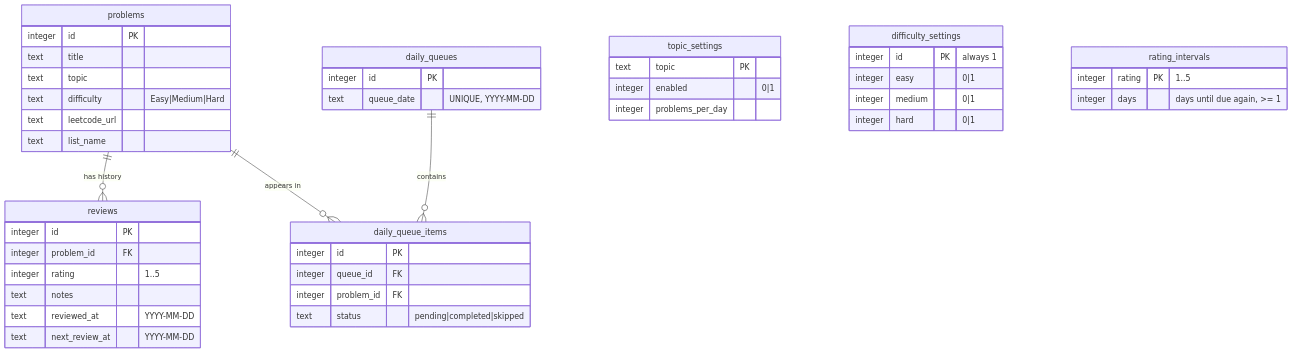
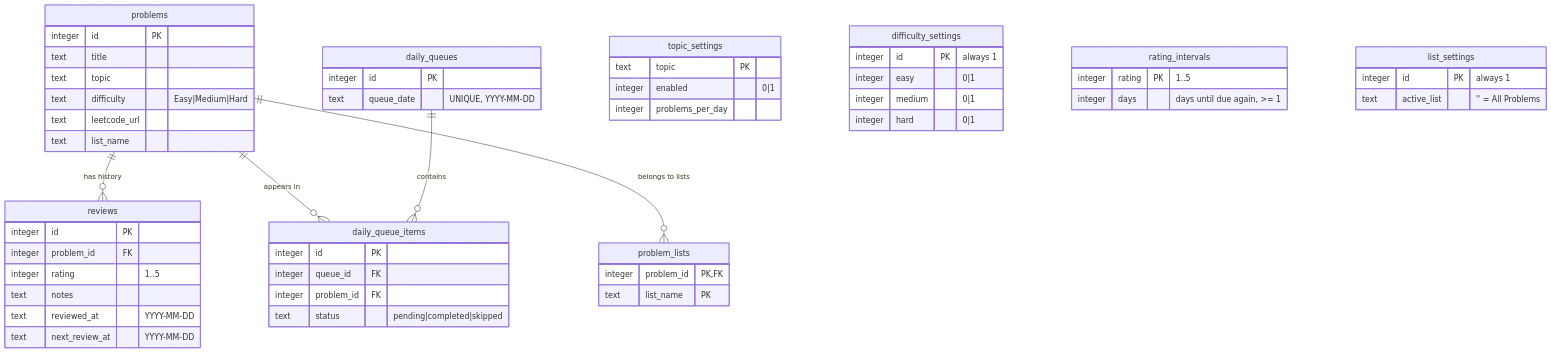
The diagram in README.md (gabrielhsdev/Cadence), drawn with Mermaid before and after one commit. The commit also changed other lines of this file and 14 other files, not shown here.

First line of the commit message:
feat: choose active problem list + add Blind 75

````diff
--- a/README.md
+++ b/README.md
@@ -345,48 +385,57 @@
 ```mermaid
 erDiagram
     problems ||--o{ reviews : "has history"
     problems ||--o{ daily_queue_items : "appears in"
     daily_queues ||--o{ daily_queue_items : "contains"
+    problems ||--o{ problem_lists : "belongs to lists"
 
     problems {
         integer id PK
         text title
         text topic
         text difficulty "Easy|Medium|Hard"
         text leetcode_url
         text list_name
     }
     reviews {
         integer id PK
         integer problem_id FK
         integer rating "1..5"
         text notes
         text reviewed_at "YYYY-MM-DD"
         text next_review_at "YYYY-MM-DD"
     }
     daily_queues {
         integer id PK
         text queue_date "UNIQUE, YYYY-MM-DD"
     }
     daily_queue_items {
         integer id PK
         integer queue_id FK
         integer problem_id FK
         text status "pending|completed|skipped"
     }
     topic_settings {
         text topic PK
         integer enabled "0|1"
         integer problems_per_day
     }
     difficulty_settings {
         integer id PK "always 1"
         integer easy "0|1"
         integer medium "0|1"
         integer hard "0|1"
     }
     rating_intervals {
         integer rating PK "1..5"
         integer days "days until due again, >= 1"
     }
+    problem_lists {
+        integer problem_id PK,FK
+        text list_name PK
+    }
+    list_settings {
+        integer id PK "always 1"
+        text active_list "'' = All Problems"
+    }
 ```
````
